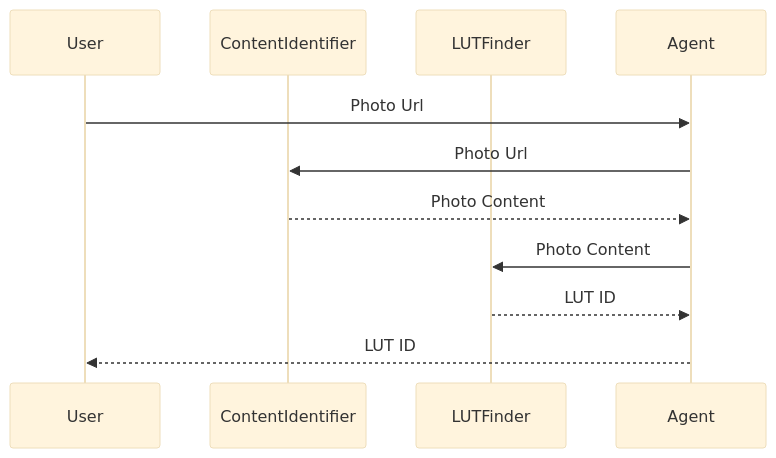
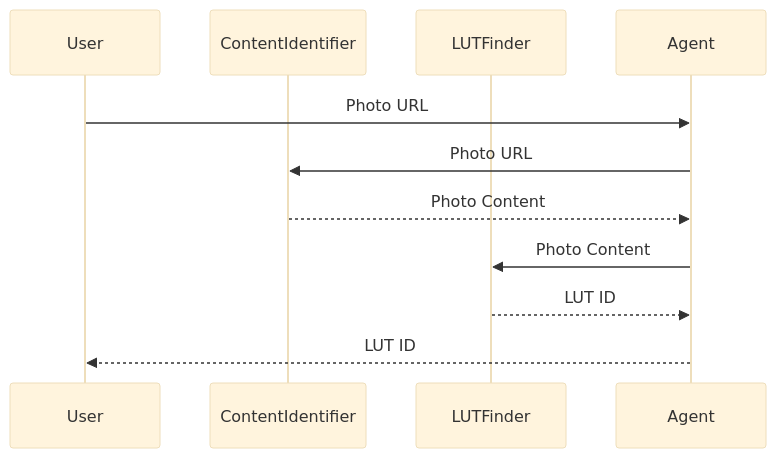
One commit to m0cal/lutinlens_server changed the first of 2 diagrams in README.md. Above: the diagram before and after it, drawn with Mermaid (base theme). The commit also changed other lines of this file, not shown here.

````diff
--- a/README.md
+++ b/README.md
@@ -14,14 +108,14 @@
-	```mermaid
-	sequenceDiagram
-		participant User
-		participant ContentIdentifier
-		participant LUTFinder
-		participant Agent
-		
-		User ->> Agent: Photo Url
-		Agent ->> ContentIdentifier: Photo Url
-		ContentIdentifier -->> Agent: Photo Content
-		Agent ->> LUTFinder: Photo Content
-		LUTFinder -->> Agent: LUT ID
-		Agent -->> User: LUT ID
-	```
+```mermaid
+sequenceDiagram
+    participant User
+    participant ContentIdentifier
+    participant LUTFinder
+    participant Agent
+    
+    User ->> Agent: Photo URL
+    Agent ->> ContentIdentifier: Photo URL
+    ContentIdentifier -->> Agent: Photo Content
+    Agent ->> LUTFinder: Photo Content
+    LUTFinder -->> Agent: LUT ID
+    Agent -->> User: LUT ID
+```
````
